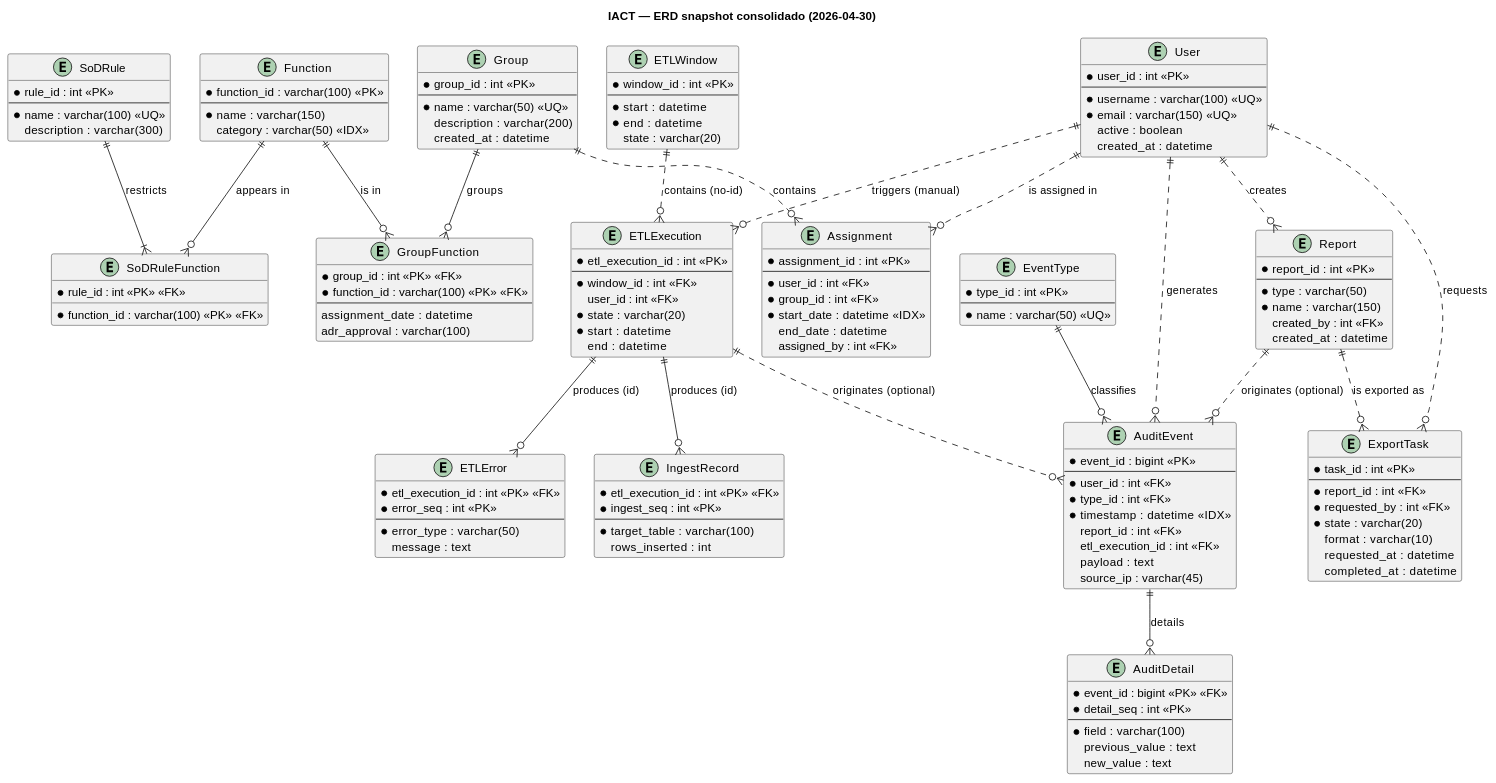
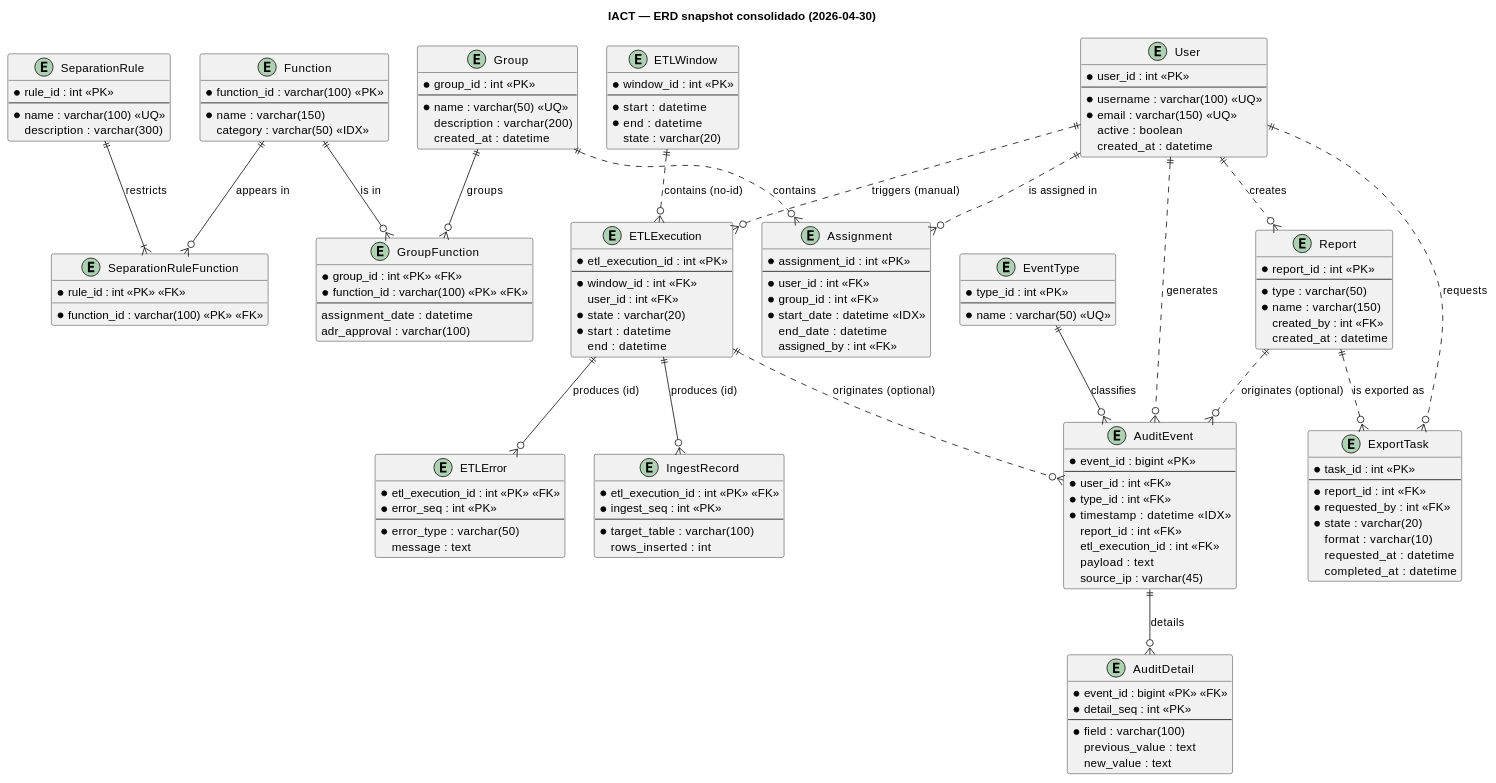
One commit to jcg-admin/IACT-docs changed the diagram in source/requisitos/_metodologia-aplicacion/analisis-dominio/erd-consolidado.rst. Above: the diagram before and after it, drawn with PlantUML. The commit also changed 15 other files, not shown here.

```diff
--- a/source/requisitos/_metodologia-aplicacion/analisis-dominio/erd-consolidado.rst
+++ b/source/requisitos/_metodologia-aplicacion/analisis-dominio/erd-consolidado.rst
@@ -49,14 +49,14 @@
      adr_approval : varchar(100)
    }
 
-   entity SoDRule {
+   entity SeparationRule {
      * rule_id : int <<PK>>
      --
      * name : varchar(100) <<UQ>>
      description : varchar(300)
    }
 
-   entity SoDRuleFunction {
+   entity SeparationRuleFunction {
      * rule_id : int <<PK>> <<FK>>
      * function_id : varchar(100) <<PK>> <<FK>>
    }
@@ -150,8 +150,8 @@
    Group ||..o{ Assignment : contains
    Group ||--o{ GroupFunction : groups
    Function ||--o{ GroupFunction : "is in"
-   SoDRule ||--|{ SoDRuleFunction : restricts
-   Function ||--o{ SoDRuleFunction : "appears in"
+   SeparationRule ||--|{ SeparationRuleFunction : restricts
+   Function ||--o{ SeparationRuleFunction : "appears in"
 
    ' === Relaciones ETL ===
    ETLWindow ||..o{ ETLExecution : "contains (no-id)"
```
